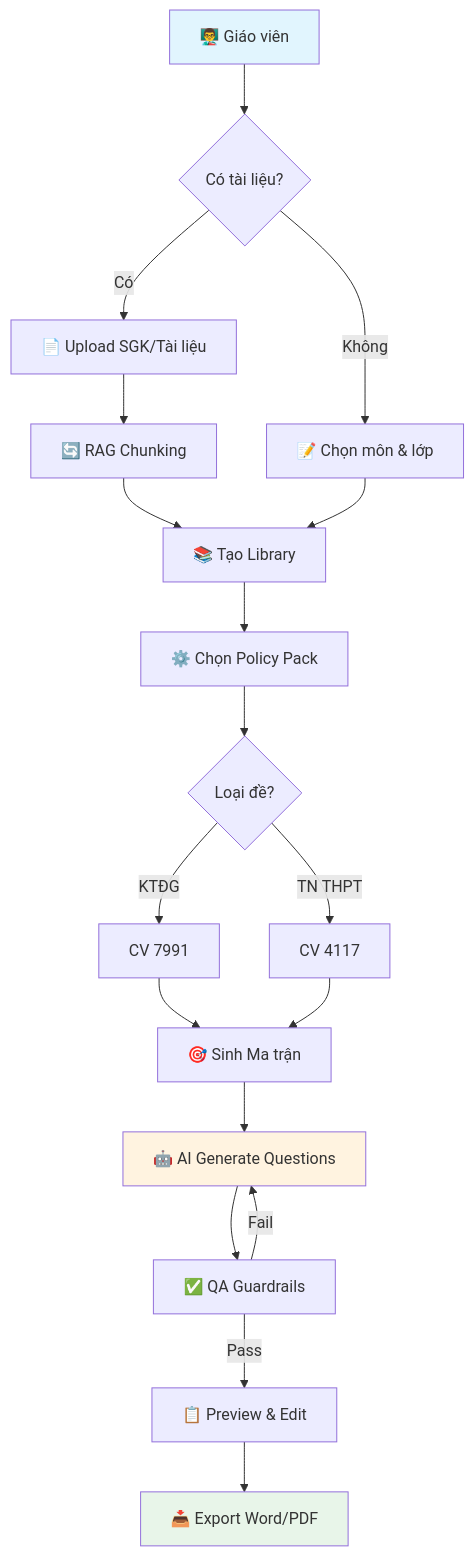
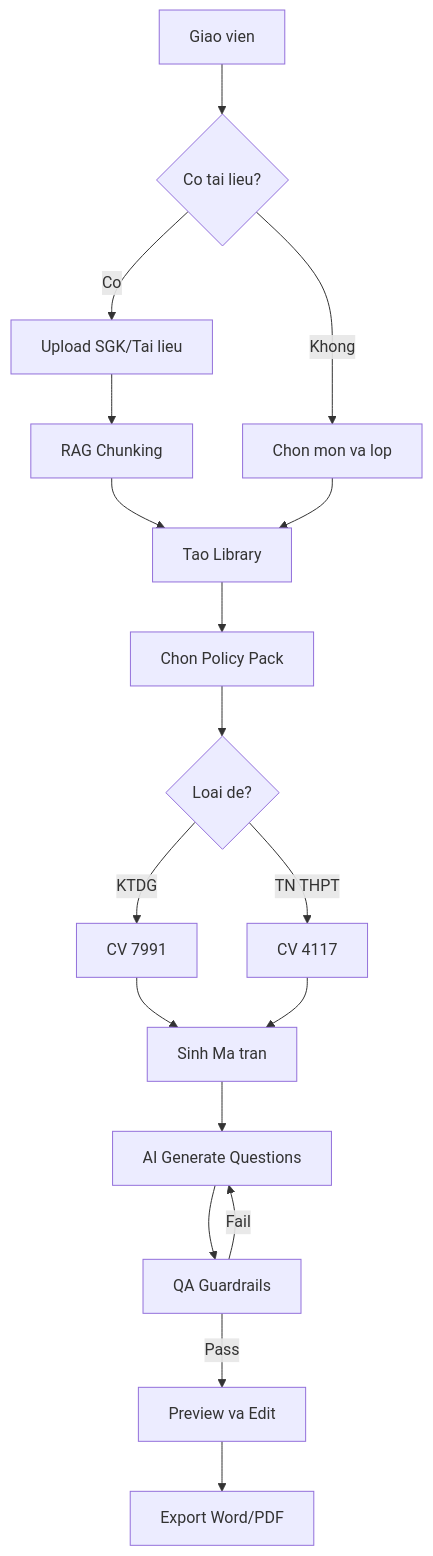
The first of 4 diagrams in README.md (LongNgn204/taodeonline), drawn with Mermaid before and after one commit. The commit also changed other lines of this file, not shown here.

````diff
--- a/README.md
+++ b/README.md
@@ -86,31 +88,27 @@
 ```mermaid
 flowchart TD
-    A[👨‍🏫 Giáo viên] --> B{Có tài liệu?}
-    B -->|Có| C[📄 Upload SGK/Tài liệu]
-    B -->|Không| D[📝 Chọn môn & lớp]
+    A[Giao vien] --> B{Co tai lieu?}
+    B -->|Co| C[Upload SGK/Tai lieu]
+    B -->|Khong| D[Chon mon va lop]
     
-    C --> E[🔄 RAG Chunking]
-    E --> F[📚 Tạo Library]
+    C --> E[RAG Chunking]
+    E --> F[Tao Library]
     
     D --> F
-    F --> G[⚙️ Chọn Policy Pack]
+    F --> G[Chon Policy Pack]
     
-    G --> H{Loại đề?}
-    H -->|KTĐG| I[CV 7991]
+    G --> H{Loai de?}
+    H -->|KTDG| I[CV 7991]
     H -->|TN THPT| J[CV 4117]
     
-    I --> K[🎯 Sinh Ma trận]
+    I --> K[Sinh Ma tran]
     J --> K
     
-    K --> L[🤖 AI Generate Questions]
-    L --> M[✅ QA Guardrails]
+    K --> L[AI Generate Questions]
+    L --> M[QA Guardrails]
     
-    M -->|Pass| N[📋 Preview & Edit]
+    M -->|Pass| N[Preview va Edit]
     M -->|Fail| L
     
-    N --> O[📥 Export Word/PDF]
-    
-    style A fill:#e1f5fe
-    style L fill:#fff3e0
-    style O fill:#e8f5e9
+    N --> O[Export Word/PDF]
 ```
````
